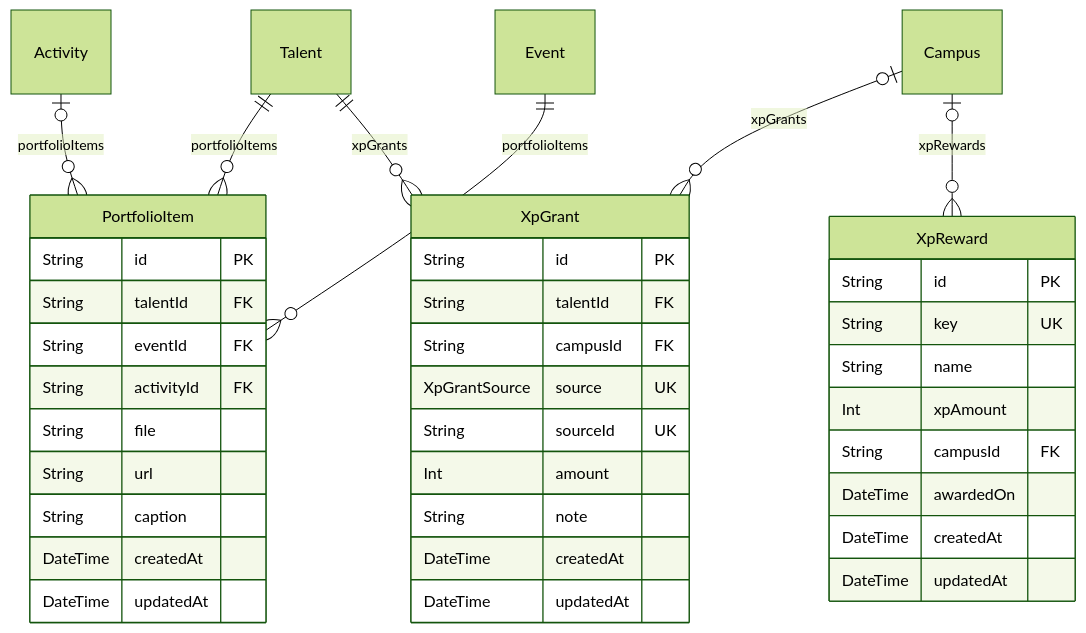
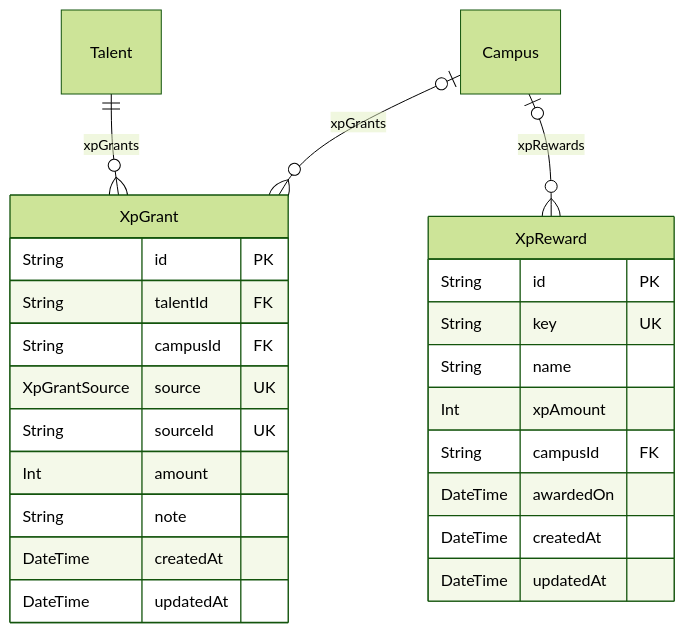
The fifth of 10 diagrams in frontend/docs/database.md (Manta-Epitech-Academy/jump), drawn with Mermaid (forest theme) before and after one commit. The commit also changed other lines of this file and 21 other files, not shown here.

````diff
--- a/frontend/docs/database.md
+++ b/frontend/docs/database.md
@@ -754,49 +490,31 @@
 ```mermaid
 erDiagram
-  PortfolioItem {
-    String id PK
-    String talentId FK
-    String eventId FK
-    String activityId FK
-    String file
-    String url
-    String caption
-    DateTime createdAt
-    DateTime updatedAt
-  }
   XpGrant {
     String id PK
     String talentId FK
     String campusId FK
     XpGrantSource source UK
     String sourceId UK
     Int amount
     String note
     DateTime createdAt
     DateTime updatedAt
   }
   XpReward {
     String id PK
     String key UK
     String name
     Int xpAmount
     String campusId FK
     DateTime awardedOn
     DateTime createdAt
     DateTime updatedAt
   }
   Talent {
   }
   Campus {
   }
-  Activity {
-  }
-  Event {
-  }
-  Talent ||--o{ PortfolioItem : "portfolioItems"
   Talent ||--o{ XpGrant : "xpGrants"
   Campus |o--o{ XpGrant : "xpGrants"
   Campus |o--o{ XpReward : "xpRewards"
-  Activity |o--o{ PortfolioItem : "portfolioItems"
-  Event ||--o{ PortfolioItem : "portfolioItems"
 ```
````
